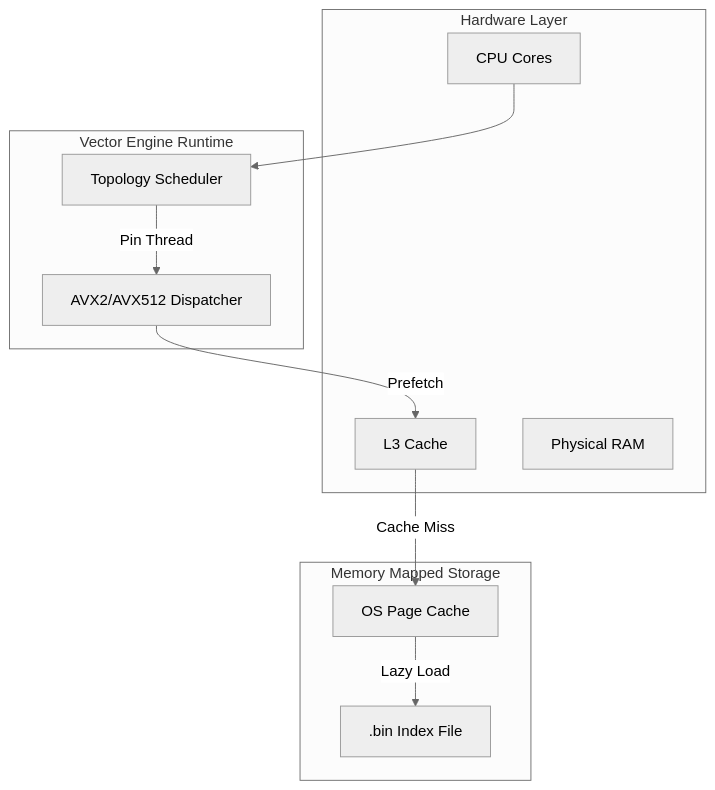
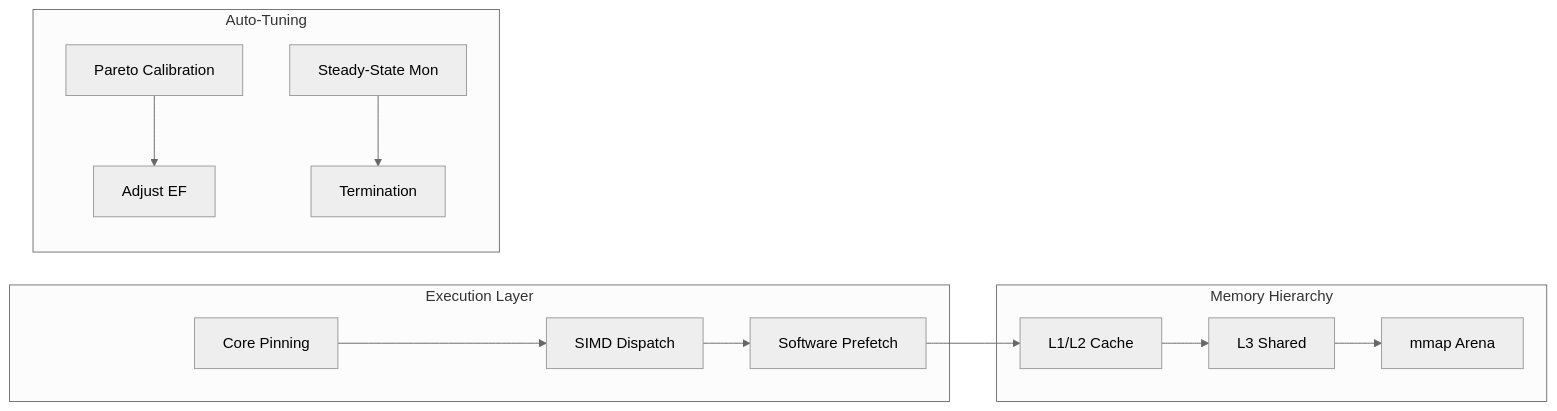
One commit to McMonds/vector-engine changed the diagram in README.md. Above: the diagram before and after it, drawn with Mermaid (neutral theme). The commit also changed other lines of this file, not shown here.

````diff
--- a/README.md
+++ b/README.md
@@ -107,24 +58,18 @@
 ```mermaid
-graph TD
-    subgraph "Hardware Layer"
-        CPU[CPU Cores]
-        L3[L3 Cache]
-        RAM[Physical RAM]
+graph LR
+    subgraph "Execution Layer"
+        CPU[Core Pinning] --> SIMD[SIMD Dispatch]
+        SIMD --> PRE[Software Prefetch]
     end
 
-    subgraph "Vector Engine Runtime"
-        Topo[Topology Scheduler]
-        Simd[AVX2/AVX512 Dispatcher]
+    subgraph "Memory Hierarchy"
+        PRE --> L1[L1/L2 Cache]
+        L1 --> L3[L3 Shared]
+        L3 --> MMAP[mmap Arena]
     end
 
-    subgraph "Memory Mapped Storage"
-        Page[OS Page Cache]
-        File[.bin Index File]
+    subgraph "Auto-Tuning"
+        CAL[Pareto Calibration] --> EF[Adjust EF]
+        STD[Steady-State Mon] --> EXIT[Termination]
     end
-
-    CPU --> Topo
-    Topo -->|Pin Thread| Simd
-    Simd -->|Prefetch| L3
-    L3 -->|Cache Miss| Page
-    Page -->|Lazy Load| File
 ```
````
